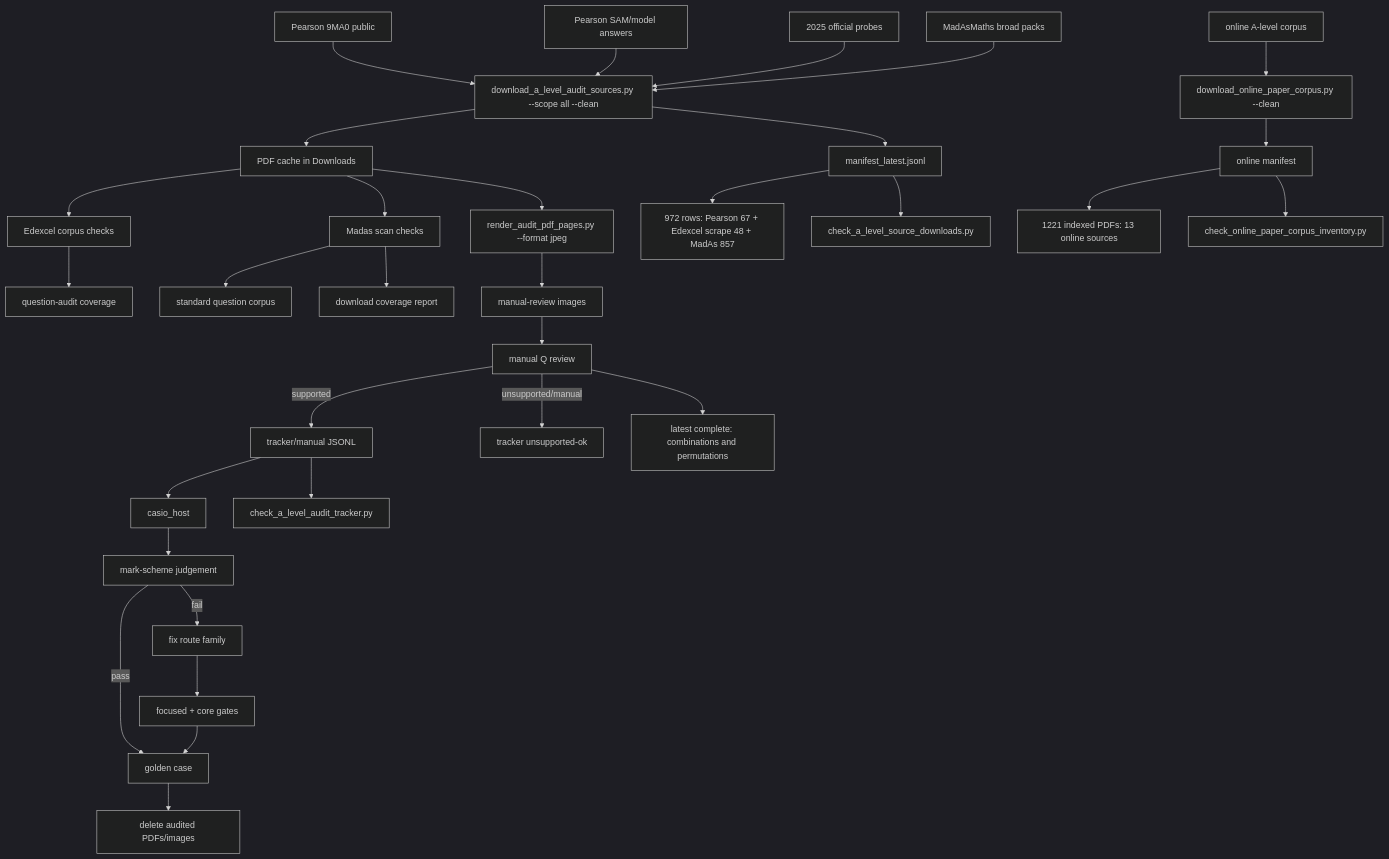
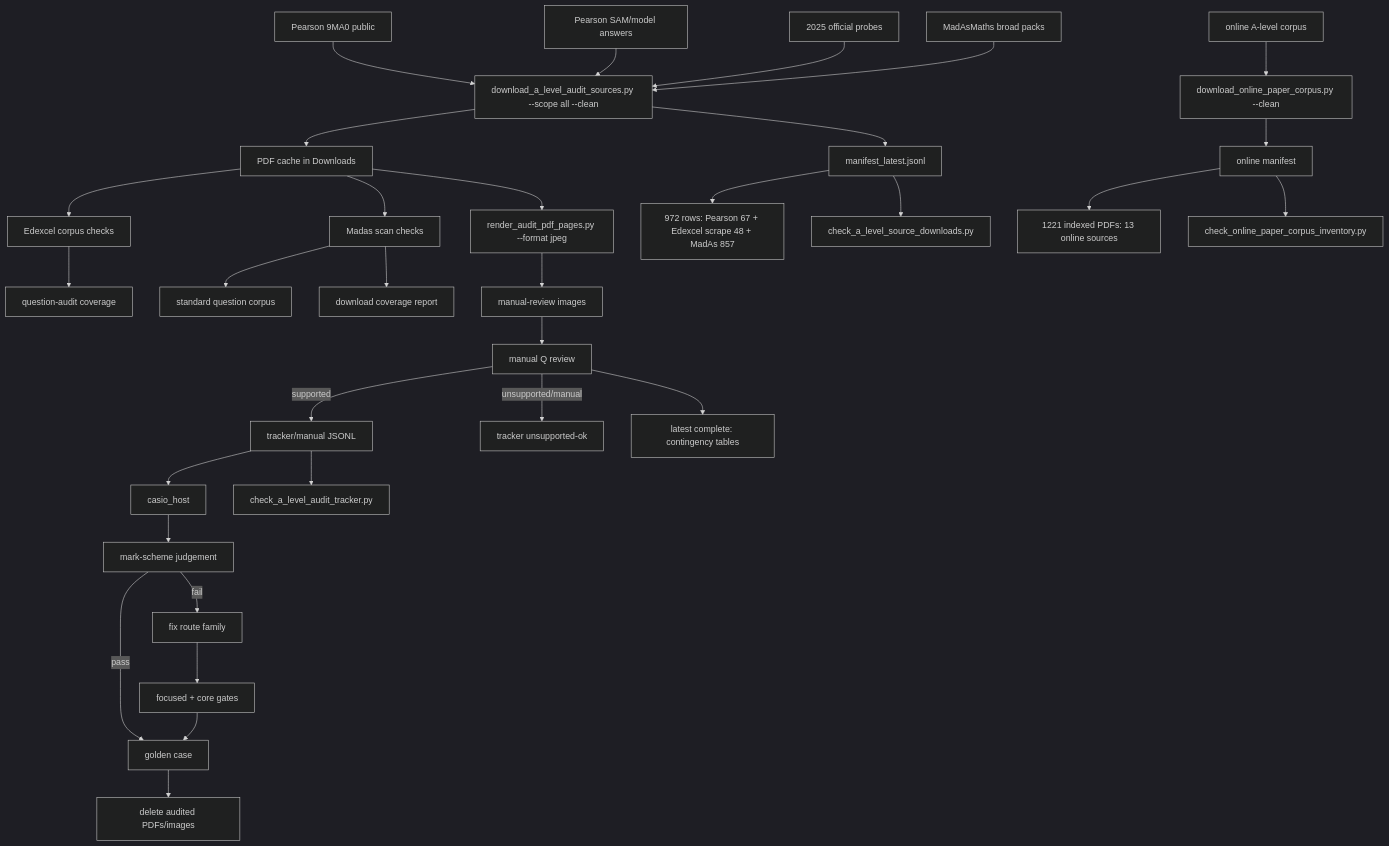
The diagram in c++/tools/golden/a_level_audit_graph.md (james8464/notes-addin-casio-fx-cg50), drawn with Mermaid (dark theme) before and after one commit. The commit also changed other lines of this file and 2 other files, not shown here.

Commit message:
Audit contingency tables booklet

````diff
--- a/c++/tools/golden/a_level_audit_graph.md
+++ b/c++/tools/golden/a_level_audit_graph.md
@@ -3,34 +3,34 @@
 ```mermaid
 graph TD
   E1["Pearson 9MA0 public"] --> D["download_a_level_audit_sources.py --scope all --clean"]
   E2["Pearson SAM/model answers"] --> D
   E3["2025 official probes"] --> D
   M1["MadAsMaths broad packs"] --> D
   O1["online A-level corpus"] --> OD["download_online_paper_corpus.py --clean"]
   D --> P["PDF cache in Downloads"]
   D --> X["manifest_latest.jsonl"]
   OD --> OX["online manifest"]
   X --> XC["972 rows: Pearson 67 + Edexcel scrape 48 + MadAs 857"]
   OX --> OC["1221 indexed PDFs: 13 online sources"]
   X --> V["check_a_level_source_downloads.py"]
   OX --> OV["check_online_paper_corpus_inventory.py"]
   P --> E["Edexcel corpus checks"]
   E --> EQ["question-audit coverage"]
   P --> S["Madas scan checks"]
   S --> M["standard question corpus"]
   S --> MC["download coverage report"]
   P --> R["render_audit_pdf_pages.py --format jpeg"]
   R --> I["manual-review images"]
   I --> Q["manual Q review"]
   Q -->|supported| J["tracker/manual JSONL"]
   Q -->|unsupported/manual| U["tracker unsupported-ok"]
   J --> H["casio_host"]
   J --> K["check_a_level_audit_tracker.py"]
   H --> C["mark-scheme judgement"]
   C -->|pass| G["golden case"]
   C -->|fail| F["fix route family"]
   F --> T["focused + core gates"]
   T --> G
   G --> Z["delete audited PDFs/images"]
-  Q --> QComb["latest complete: combinations and permutations"]
+  Q --> QCont["latest complete: contingency tables"]
 ```
````
